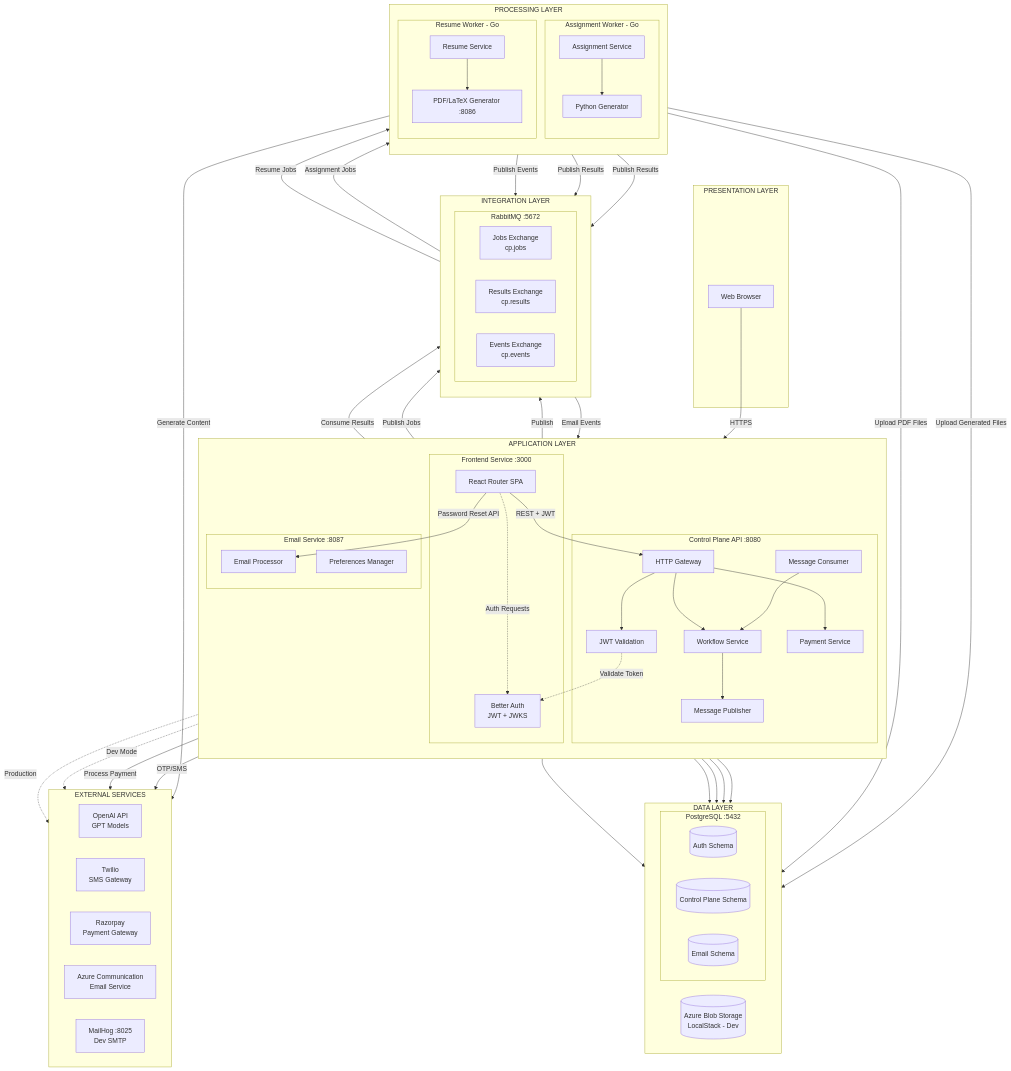
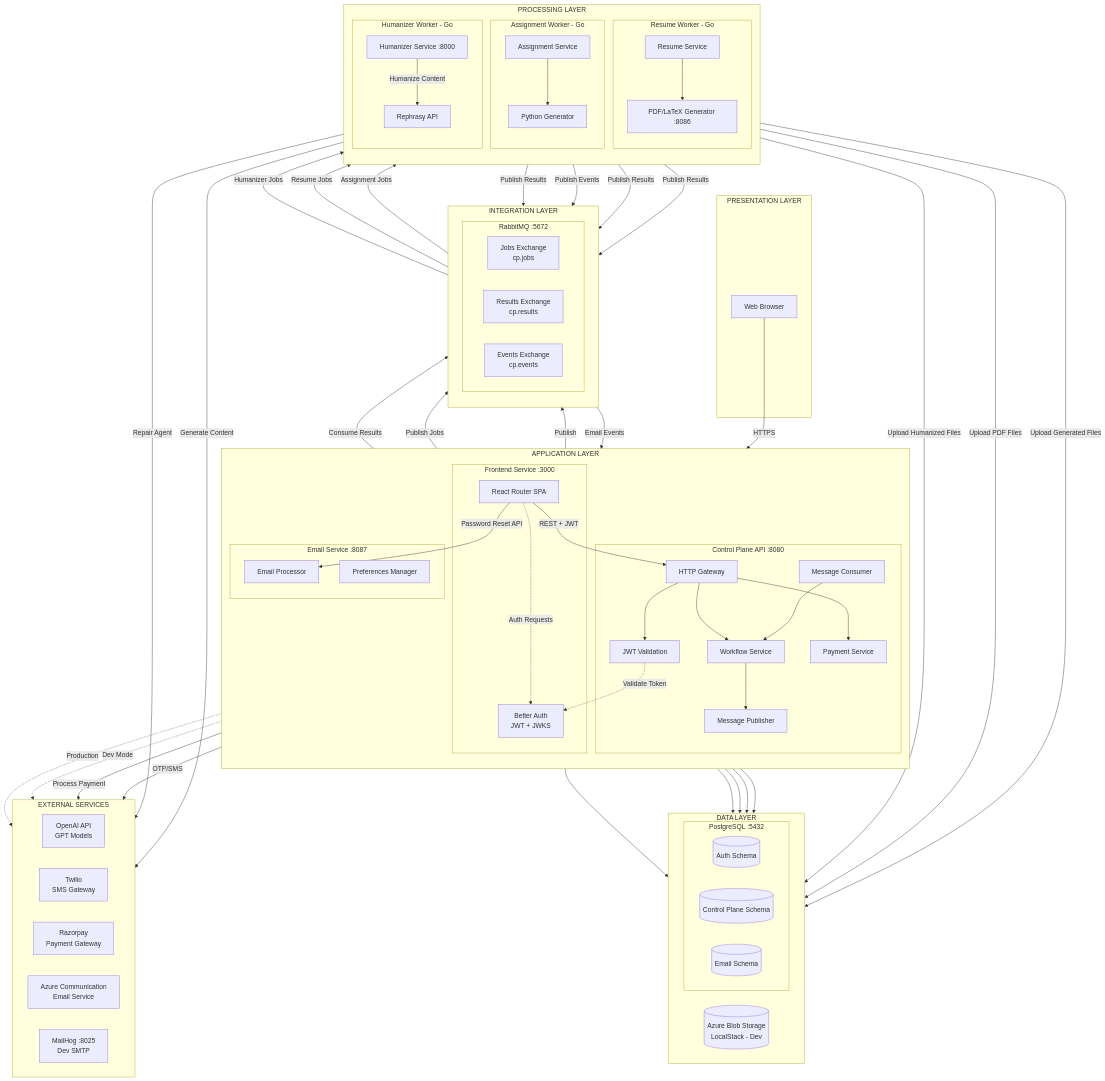
One commit to Studojo1/studojo changed the diagram in ARCHITECTURE.md. Above: the diagram before and after it, drawn with Mermaid. The commit also changed other lines of this file and 21 other files, not shown here.

```diff
--- a/ARCHITECTURE.md
+++ b/ARCHITECTURE.md
@@ -207,6 +231,11 @@
         subgraph ResumeWorker["Resume Worker - Go"]
             ResumeSvc[Resume Service]
             PDFGen[PDF/LaTeX Generator :8086]
+        end
+        
+        subgraph HumanizerWorker["Humanizer Worker - Go"]
+            HumanizerSvc[Humanizer Service :8000]
+            RephrasyAPI[Rephrasy API]
         end
     end
 
@@ -281,6 +310,7 @@
     %% ============================================
     JobsExchange -->|Assignment Jobs| AssignSvc
     JobsExchange -->|Resume Jobs| ResumeSvc
+    JobsExchange -->|Humanizer Jobs| HumanizerSvc
     
     %% ============================================
     %% CONNECTIONS - WITHIN PROCESSING LAYER
@@ -290,11 +320,15 @@
     
     ResumeSvc --> PDFGen
     
+    HumanizerSvc -->|Humanize Content| RephrasyAPI
+    HumanizerSvc -->|Repair Agent| OpenAI
+    
     %% ============================================
     %% CONNECTIONS - PROCESSING TO DATA
     %% ============================================
     AssignSvc -->|Upload Generated Files| BlobStorage
     ResumeSvc -->|Upload PDF Files| BlobStorage
+    HumanizerSvc -->|Upload Humanized Files| BlobStorage
     
     %% ============================================
     %% CONNECTIONS - PROCESSING TO INTEGRATION
@@ -302,6 +336,7 @@
     AssignSvc -->|Publish Results| ResultsExchange
     ResumeSvc -->|Publish Results| ResultsExchange
     ResumeSvc -->|Publish Events| EventsExchange
+    HumanizerSvc -->|Publish Results| ResultsExchange
     
     %% ============================================
     %% CONNECTIONS - EVENT PROCESSING
```
